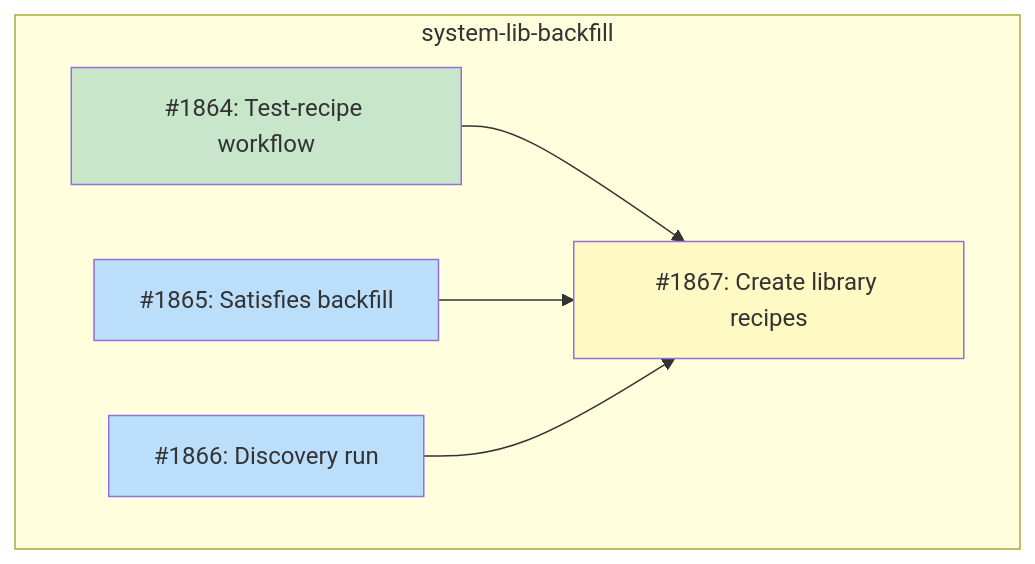
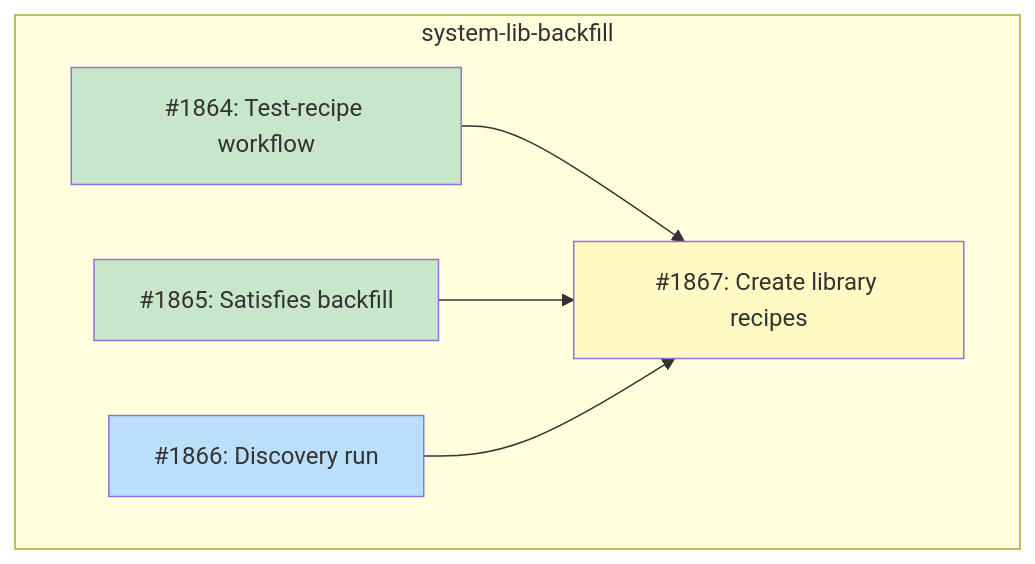
Before and after one commit to tsukumogami/tsuku: the diagram in docs/designs/DESIGN-system-lib-backfill.md, drawn with Mermaid. The commit also changed other lines of this file and 2 other files, not shown here.

````diff
--- a/docs/designs/DESIGN-system-lib-backfill.md
+++ b/docs/designs/DESIGN-system-lib-backfill.md
@@ -59,23 +59,23 @@
 ```mermaid
 graph TD
     subgraph M_SystemLibBackfill["system-lib-backfill"]
         I1864["#1864: Test-recipe workflow"]
         I1865["#1865: Satisfies backfill"]
         I1866["#1866: Discovery run"]
         I1867["#1867: Create library recipes"]
     end
 
     I1864 --> I1867
     I1865 --> I1867
     I1866 --> I1867
 
     classDef done fill:#c8e6c9
     classDef ready fill:#bbdefb
     classDef blocked fill:#fff9c4
     classDef needsDesign fill:#e1bee7
 
     class I1864 done
-    class I1865 ready
+    class I1865 done
     class I1866 ready
     class I1867 blocked
 ```
````
